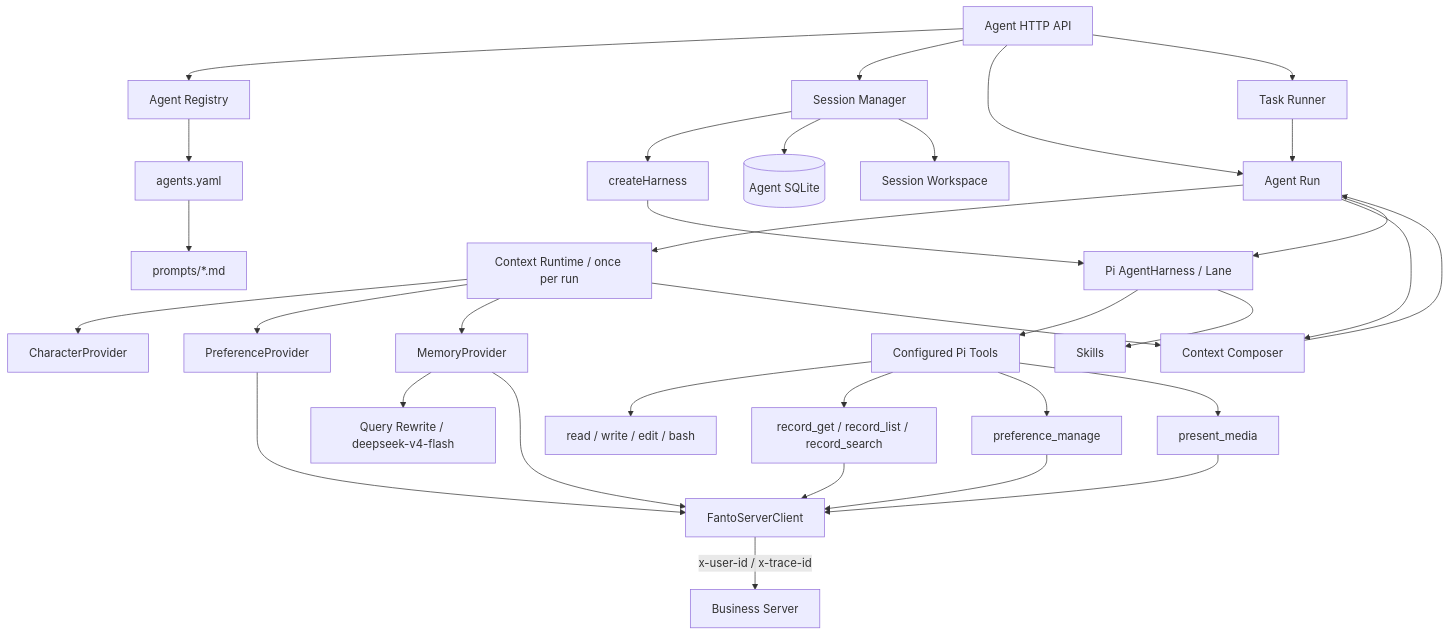
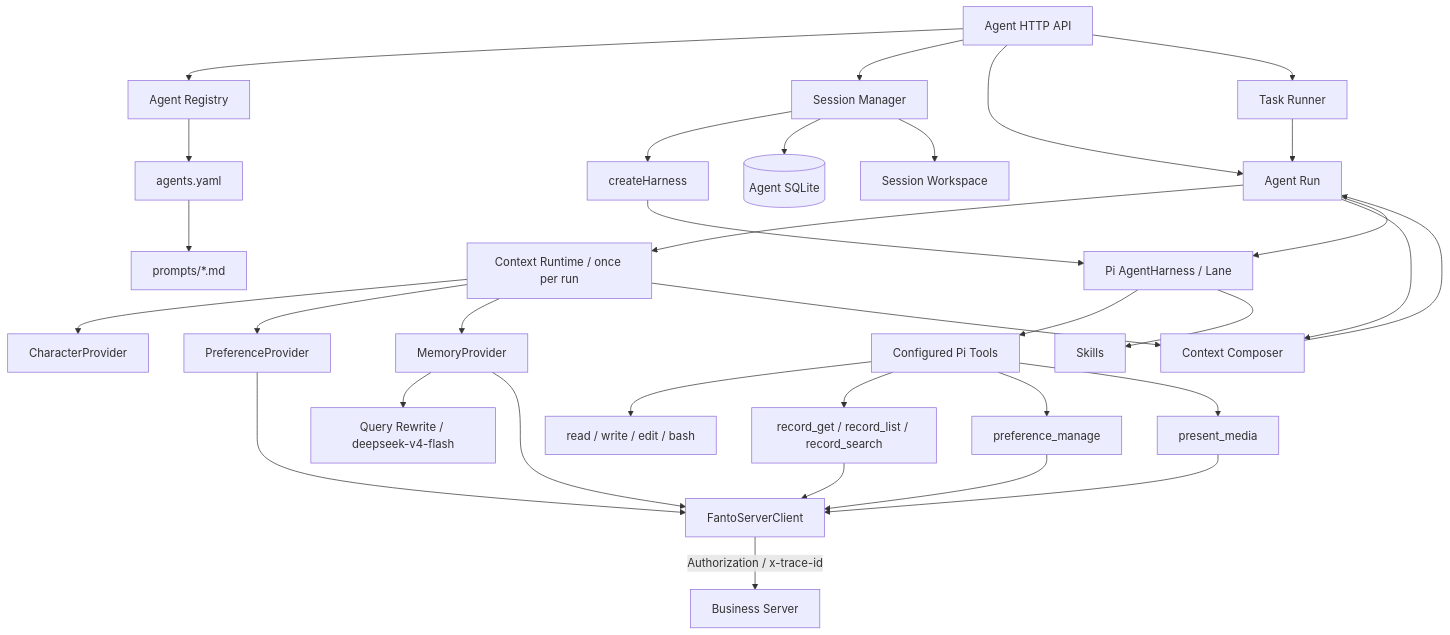
One commit to huiru-wang/fanto changed the diagram in docs/architecture/agent-runtime.md. Above: the diagram before and after it, drawn with Mermaid. The commit also changed other lines of this file and 79 other files, not shown here.

````diff
--- a/docs/architecture/agent-runtime.md
+++ b/docs/architecture/agent-runtime.md
@@ -7,38 +7,38 @@
 ```mermaid
 flowchart TD
   HTTP[Agent HTTP API] --> REG[Agent Registry]
   HTTP --> SM[Session Manager]
   HTTP --> RUN[Agent Run]
   HTTP --> TR[Task Runner]
   TR --> RUN
   REG --> YAML[agents.yaml]
   YAML --> PROMPTS[prompts/*.md]
 
   SM --> HARNESS[createHarness]
   HARNESS --> PI[Pi AgentHarness / Lane]
   SM --> DB[(Agent SQLite)]
   SM --> WS[Session Workspace]
 
   RUN --> CR[Context Runtime / once per run]
   CR --> CHAR[CharacterProvider]
   CR --> PREF[PreferenceProvider]
   CR --> MEM[MemoryProvider]
   PREF --> FSC[FantoServerClient]
   MEM --> QR[Query Rewrite / deepseek-v4-flash]
   MEM --> FSC
   RUN --> CMP[Context Composer]
   CR --> CMP
   CMP --> RUN
   RUN --> PI
 
   PI --> TOOLS[Configured Pi Tools]
   TOOLS --> BUILTIN[read / write / edit / bash]
   TOOLS --> RECORD[record_get / record_list / record_search]
   TOOLS --> PM[preference_manage]
   TOOLS --> PRESENT[present_media]
   RECORD --> FSC
   PM --> FSC
   PRESENT --> FSC
-  FSC -->|x-user-id / x-trace-id| SERVER[Business Server]
+  FSC -->|Authorization / x-trace-id| SERVER[Business Server]
   PI --> SKILLS[Skills]
 ```
````
